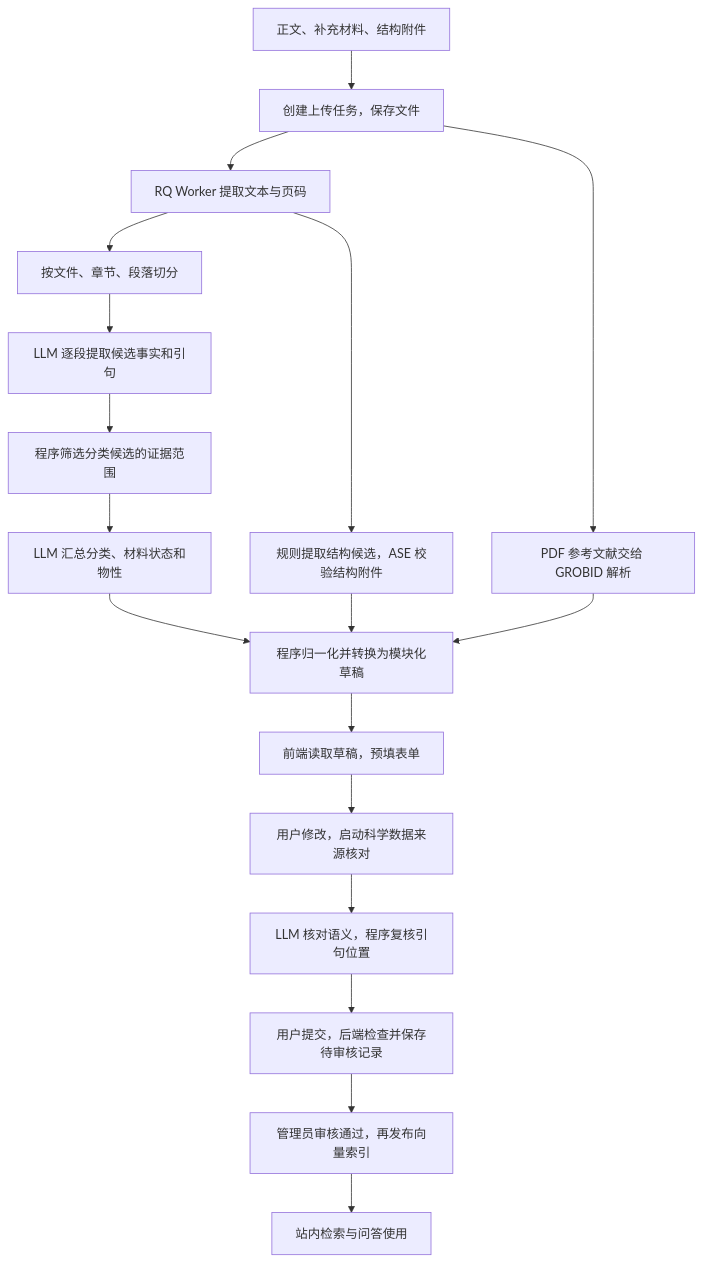
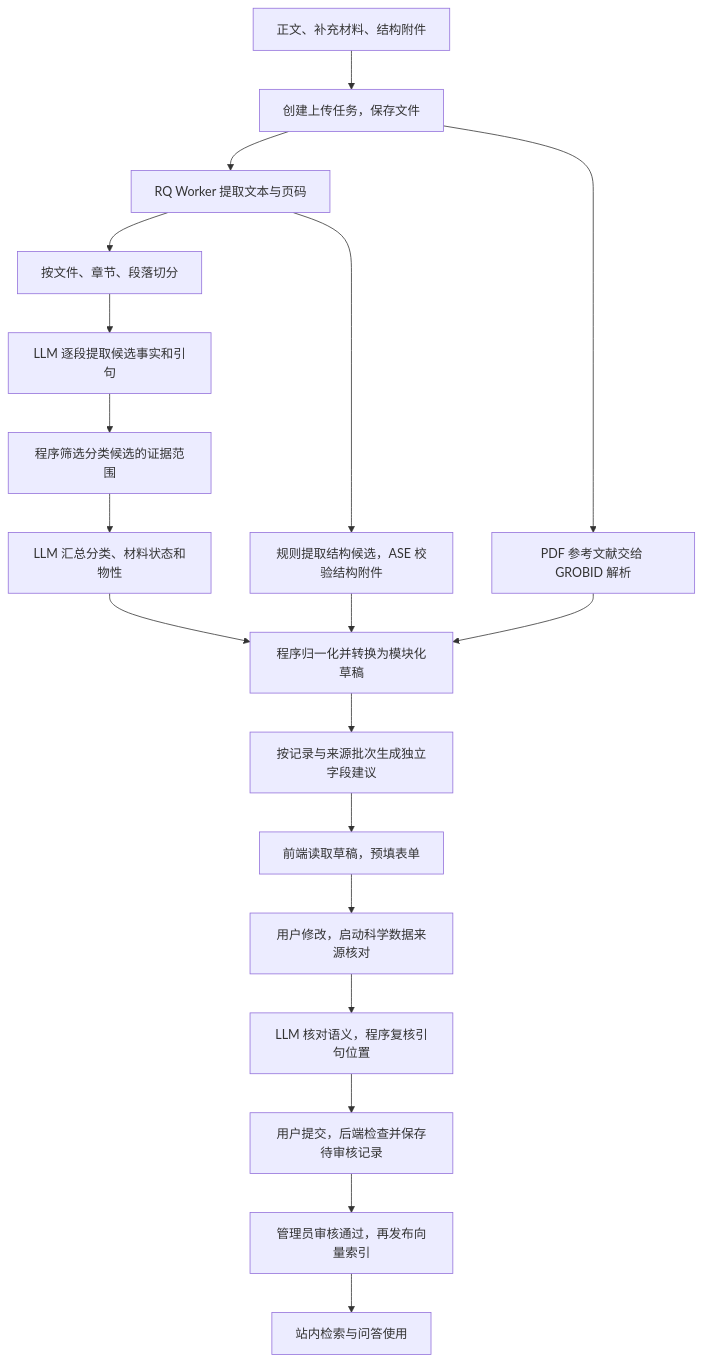
Before and after one commit to JLU-ICCMS-MaYuan/SC-Wiki: the first of 3 diagrams in docs/overview/01_Decentralized_Uploading_of_Superconductivity_Data/upload-llm-workflow-and-agent-analysis.md, drawn with Mermaid. The commit also changed other lines of this file, not shown here.

````diff
--- a/docs/overview/01_Decentralized_Uploading_of_Superconductivity_Data/upload-llm-workflow-and-agent-analysis.md
+++ b/docs/overview/01_Decentralized_Uploading_of_Superconductivity_Data/upload-llm-workflow-and-agent-analysis.md
@@ -31,20 +47,21 @@
 ```mermaid
 flowchart TD
     A["正文、补充材料、结构附件"] --> B["创建上传任务，保存文件"]
     B --> C["RQ Worker 提取文本与页码"]
     C --> D["按文件、章节、段落切分"]
     D --> E["LLM 逐段提取候选事实和引句"]
     E --> F["程序筛选分类候选的证据范围"]
     F --> G["LLM 汇总分类、材料状态和物性"]
     G --> H["程序归一化并转换为模块化草稿"]
-    H --> I["前端读取草稿，预填表单"]
+    H --> S["按记录与来源批次生成独立字段建议"]
+    S --> I["前端读取草稿，预填表单"]
     I --> J["用户修改，启动科学数据来源核对"]
     J --> K["LLM 核对语义，程序复核引句位置"]
     K --> L["用户提交，后端检查并保存待审核记录"]
     L --> M["管理员审核通过，再发布向量索引"]
     M --> N["站内检索与问答使用"]
     B --> O["PDF 参考文献交给 GROBID 解析"]
     C --> P["规则提取结构候选，ASE 校验结构附件"]
     O --> H
     P --> H
 ```
````
